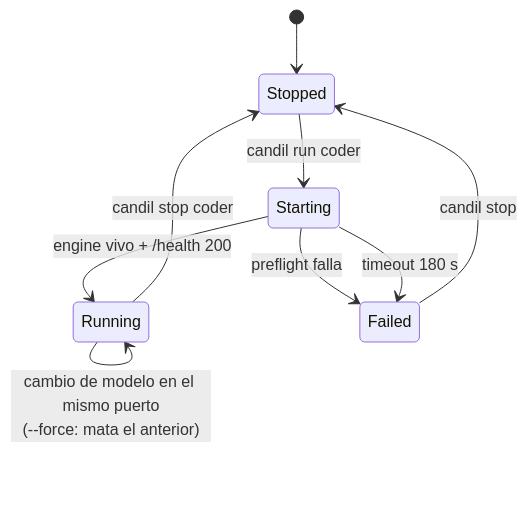
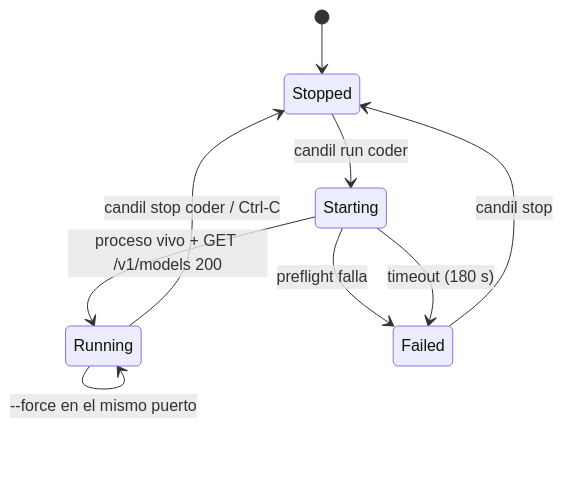
Before and after one commit to Lorenzo-SF/candil: the seventh of 19 diagrams in proyecto 4.0/candil-4.0-final.md, drawn with Mermaid. The commit also changed other lines of this file, not shown here.

First line of the commit message:
docs(candil): regenerate the 4.0 design document as the single source of truth

````diff
--- a/proyecto 4.0/candil-4.0-final.md
+++ b/proyecto 4.0/candil-4.0-final.md
@@ -742,11 +971,11 @@
 ```mermaid
 stateDiagram-v2
     [*] --> Stopped
     Stopped --> Starting: candil run coder
-    Starting --> Running: engine vivo + /health 200
+    Starting --> Running: proceso vivo + GET /v1/models 200
     Starting --> Failed: preflight falla
-    Starting --> Failed: timeout 180 s
-    Running --> Stopped: candil stop coder
+    Starting --> Failed: timeout (180 s)
+    Running --> Stopped: candil stop coder / Ctrl-C
     Failed --> Stopped: candil stop
-    Running --> Running: cambio de modelo en el mismo puerto<br/>(--force: mata el anterior)
+    Running --> Running: --force en el mismo puerto
 ```
````
